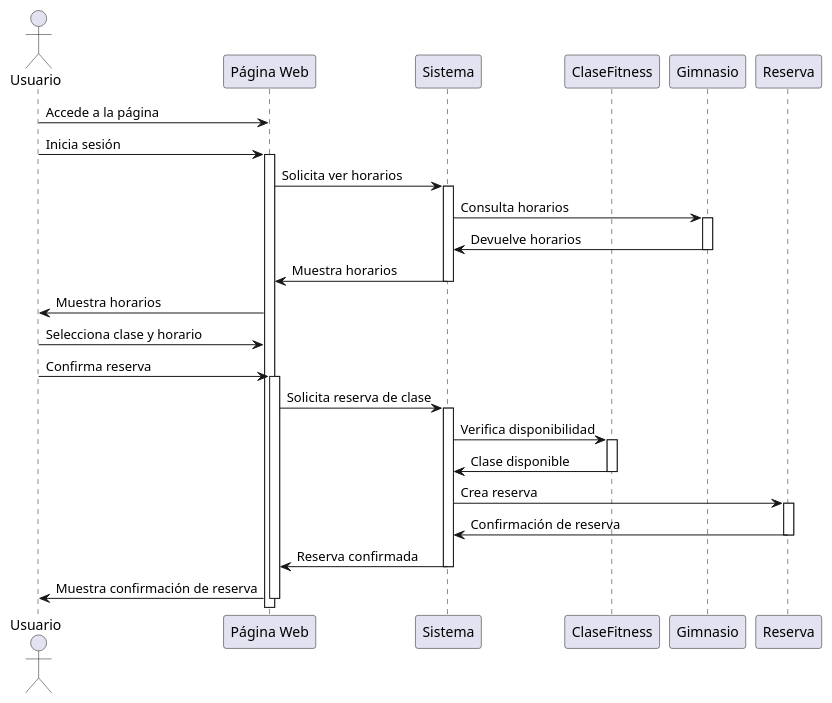
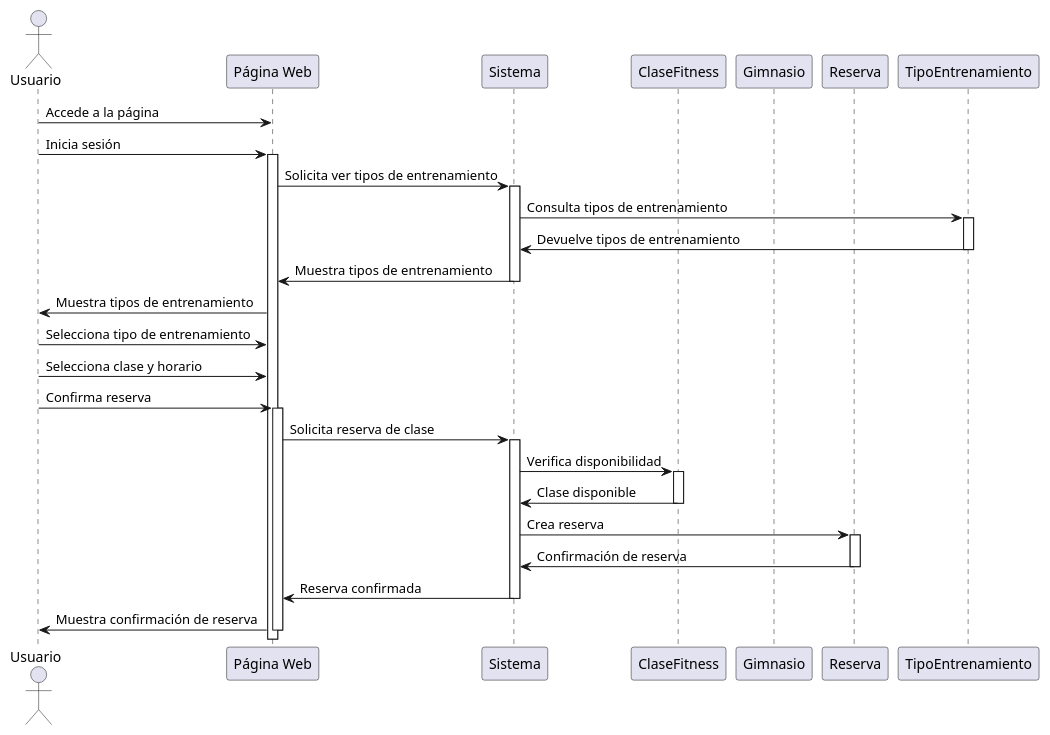
One commit to joaquinpiastre/Power-App changed the diagram in doc/secuencia.puml. Above: the diagram before and after it, drawn with PlantUML.

Commit message:
Arreglamos el diagrama de secuencia

```diff
--- a/doc/secuencia.puml
+++ b/doc/secuencia.puml
@@ -1,45 +1,47 @@
 @startuml Diagrama de secuencia PowerAPP
 
 actor Usuario
 participant "Página Web" as PaginaWeb
 participant "Sistema" as Sistema
 participant "ClaseFitness" as Clase
 participant "Gimnasio" as Gimnasio
 participant "Reserva" as Reserva
+participant "TipoEntrenamiento" as TipoEntrenamiento
 
 Usuario -> PaginaWeb: Accede a la página
 Usuario -> PaginaWeb: Inicia sesión
 
 activate PaginaWeb
-PaginaWeb -> Sistema: Solicita ver horarios
+PaginaWeb -> Sistema: Solicita ver tipos de entrenamiento
 
 activate Sistema
-Sistema -> Gimnasio: Consulta horarios
-activate Gimnasio
-Gimnasio -> Sistema: Devuelve horarios
-deactivate Gimnasio
-Sistema -> PaginaWeb: Muestra horarios
+Sistema -> TipoEntrenamiento: Consulta tipos de entrenamiento
+activate TipoEntrenamiento
+TipoEntrenamiento -> Sistema: Devuelve tipos de entrenamiento
+deactivate TipoEntrenamiento
+Sistema -> PaginaWeb: Muestra tipos de entrenamiento
 deactivate Sistema
-PaginaWeb -> Usuario: Muestra horarios
+PaginaWeb -> Usuario: Muestra tipos de entrenamiento
 
+Usuario -> PaginaWeb: Selecciona tipo de entrenamiento
 Usuario -> PaginaWeb: Selecciona clase y horario
 Usuario -> PaginaWeb: Confirma reserva
 
 activate PaginaWeb
 PaginaWeb -> Sistema: Solicita reserva de clase
 activate Sistema
 Sistema -> Clase: Verifica disponibilidad
 activate Clase
 Clase -> Sistema: Clase disponible
 deactivate Clase
 Sistema -> Reserva: Crea reserva
 activate Reserva
 Reserva -> Sistema: Confirmación de reserva
 deactivate Reserva
 Sistema -> PaginaWeb: Reserva confirmada
 deactivate Sistema
 PaginaWeb -> Usuario: Muestra confirmación de reserva
 
 deactivate PaginaWeb
 
 @enduml
```
